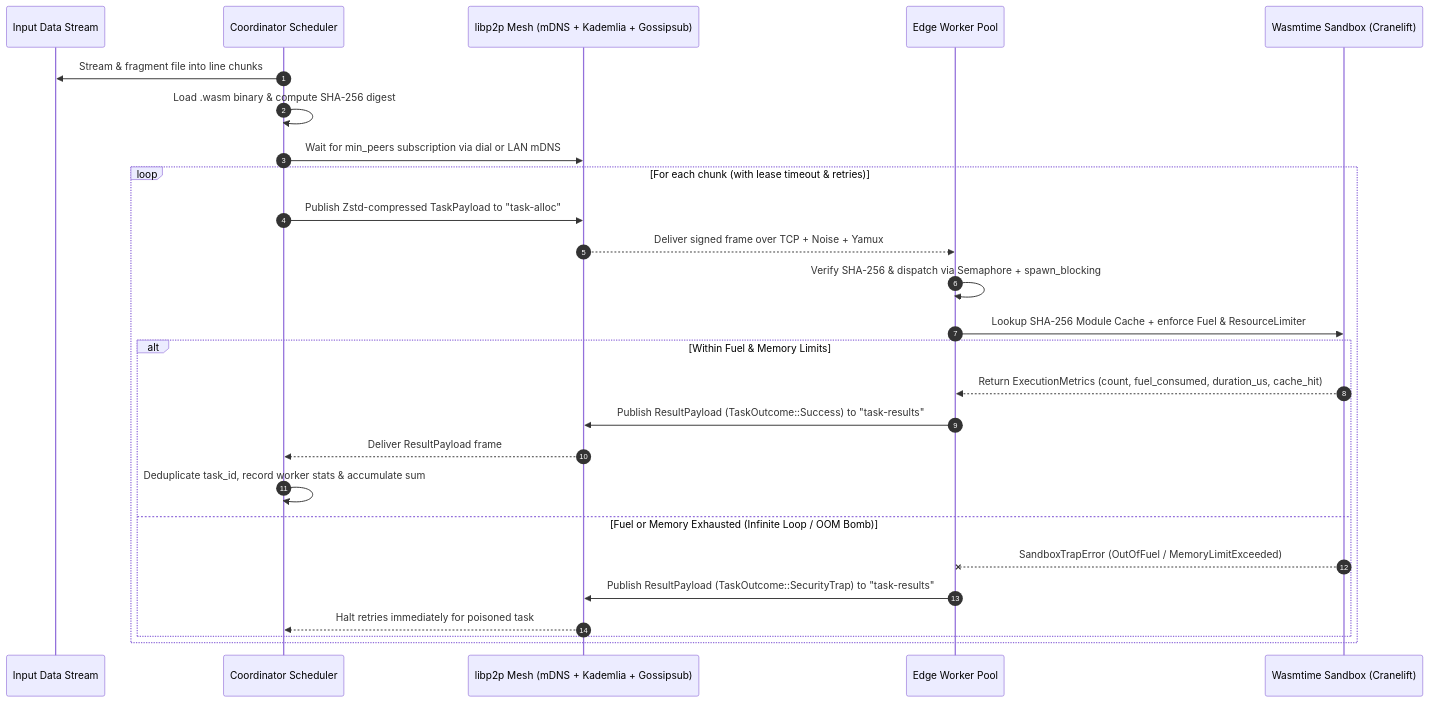
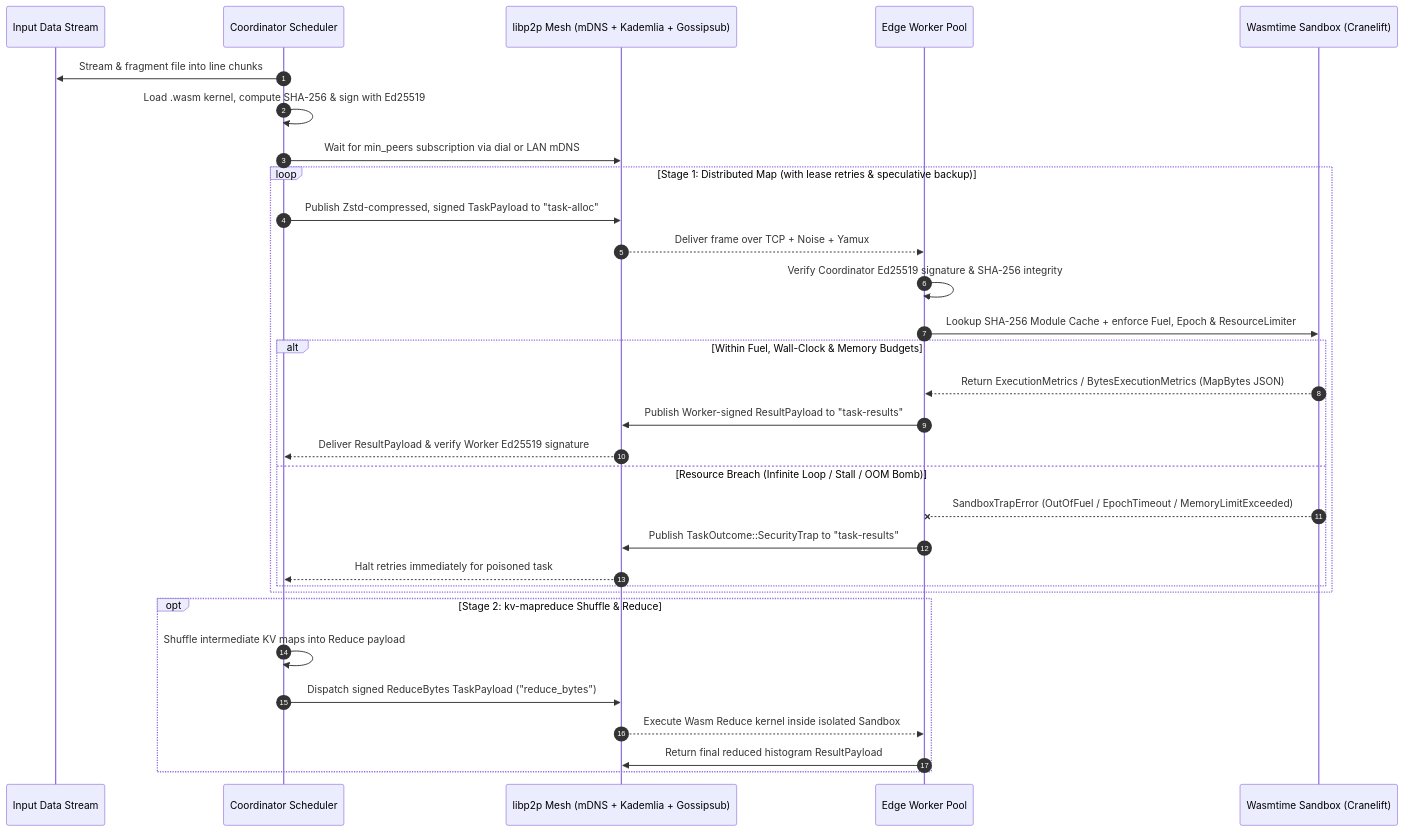
Before and after one commit to AM4517UMOR4NG/Nitro-Compute: the second of 2 diagrams in README.md, drawn with Mermaid. The commit also changed other lines of this file, not shown here.

Commit message:
docs(readme): showcase v0.3.0 forbid(unsafe_code), 2-phase Reduce, speculative backup, and /metrics

````diff
--- a/README.md
+++ b/README.md
@@ -91,29 +93,34 @@
 ```mermaid
 sequenceDiagram
     autonumber
     participant FS as Input Data Stream
     participant Coord as Coordinator Scheduler
     participant Mesh as libp2p Mesh (mDNS + Kademlia + Gossipsub)
     participant Worker as Edge Worker Pool
     participant Sandbox as Wasmtime Sandbox (Cranelift)
 
     Coord->>FS: Stream & fragment file into line chunks
-    Coord->>Coord: Load .wasm binary & compute SHA-256 digest
+    Coord->>Coord: Load .wasm kernel, compute SHA-256 & sign with Ed25519
     Coord->>Mesh: Wait for min_peers subscription via dial or LAN mDNS
-    loop For each chunk (with lease timeout & retries)
-        Coord->>Mesh: Publish Zstd-compressed TaskPayload to "task-alloc"
-        Mesh-->>Worker: Deliver signed frame over TCP + Noise + Yamux
-        Worker->>Worker: Verify SHA-256 & dispatch via Semaphore + spawn_blocking
-        Worker->>Sandbox: Lookup SHA-256 Module Cache + enforce Fuel & ResourceLimiter
-        alt Within Fuel & Memory Limits
-            Sandbox-->>Worker: Return ExecutionMetrics (count, fuel_consumed, duration_us, cache_hit)
-            Worker->>Mesh: Publish ResultPayload (TaskOutcome::Success) to "task-results"
-            Mesh-->>Coord: Deliver ResultPayload frame
-            Coord->>Coord: Deduplicate task_id, record worker stats & accumulate sum
-        else Fuel or Memory Exhausted (Infinite Loop / OOM Bomb)
-            Sandbox--xWorker: SandboxTrapError (OutOfFuel / MemoryLimitExceeded)
-            Worker->>Mesh: Publish ResultPayload (TaskOutcome::SecurityTrap) to "task-results"
+    loop Stage 1: Distributed Map (with lease retries & speculative backup)
+        Coord->>Mesh: Publish Zstd-compressed, signed TaskPayload to "task-alloc"
+        Mesh-->>Worker: Deliver frame over TCP + Noise + Yamux
+        Worker->>Worker: Verify Coordinator Ed25519 signature & SHA-256 integrity
+        Worker->>Sandbox: Lookup SHA-256 Module Cache + enforce Fuel, Epoch & ResourceLimiter
+        alt Within Fuel, Wall-Clock & Memory Budgets
+            Sandbox-->>Worker: Return ExecutionMetrics / BytesExecutionMetrics (MapBytes JSON)
+            Worker->>Mesh: Publish Worker-signed ResultPayload to "task-results"
+            Mesh-->>Coord: Deliver ResultPayload & verify Worker Ed25519 signature
+        else Resource Breach (Infinite Loop / Stall / OOM Bomb)
+            Sandbox--xWorker: SandboxTrapError (OutOfFuel / EpochTimeout / MemoryLimitExceeded)
+            Worker->>Mesh: Publish TaskOutcome::SecurityTrap to "task-results"
             Mesh-->>Coord: Halt retries immediately for poisoned task
         end
     end
+    opt Stage 2: kv-mapreduce Shuffle & Reduce
+        Coord->>Coord: Shuffle intermediate KV maps into Reduce payload
+        Coord->>Mesh: Dispatch signed ReduceBytes TaskPayload ("reduce_bytes")
+        Mesh-->>Worker: Execute Wasm Reduce kernel inside isolated Sandbox
+        Worker->>Mesh: Return final reduced histogram ResultPayload
+    end
 ```
````
